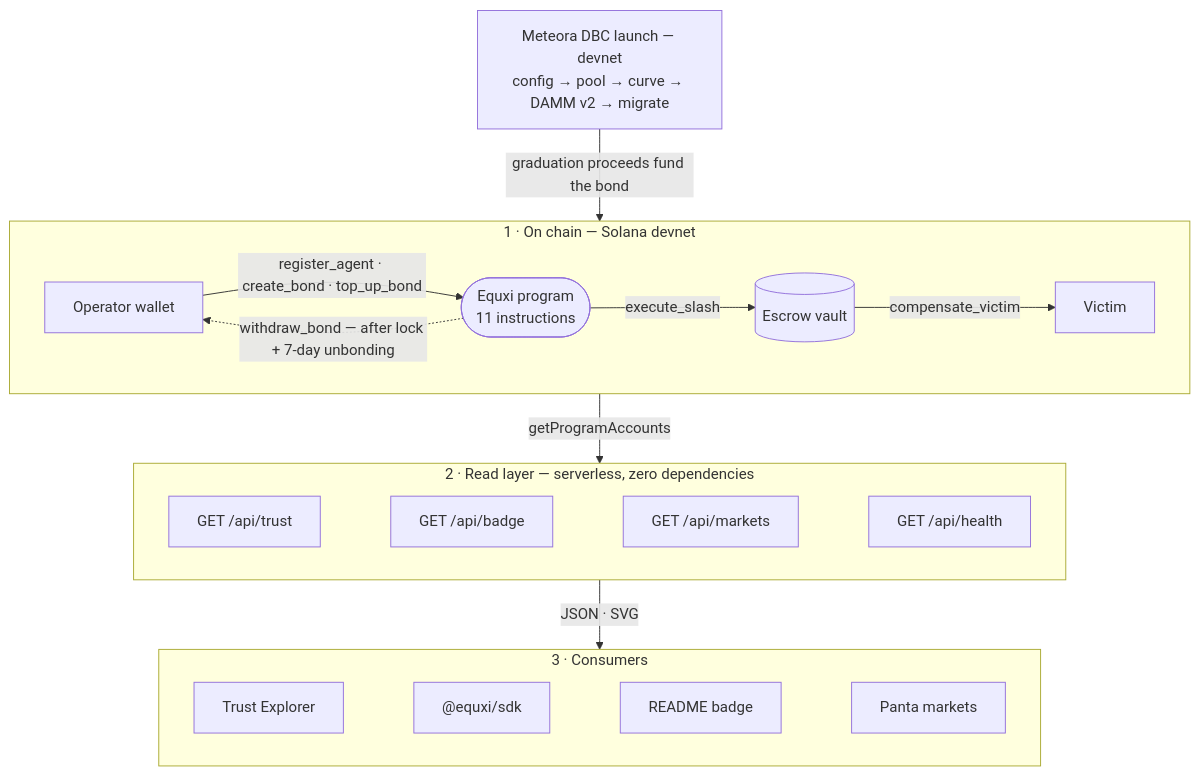
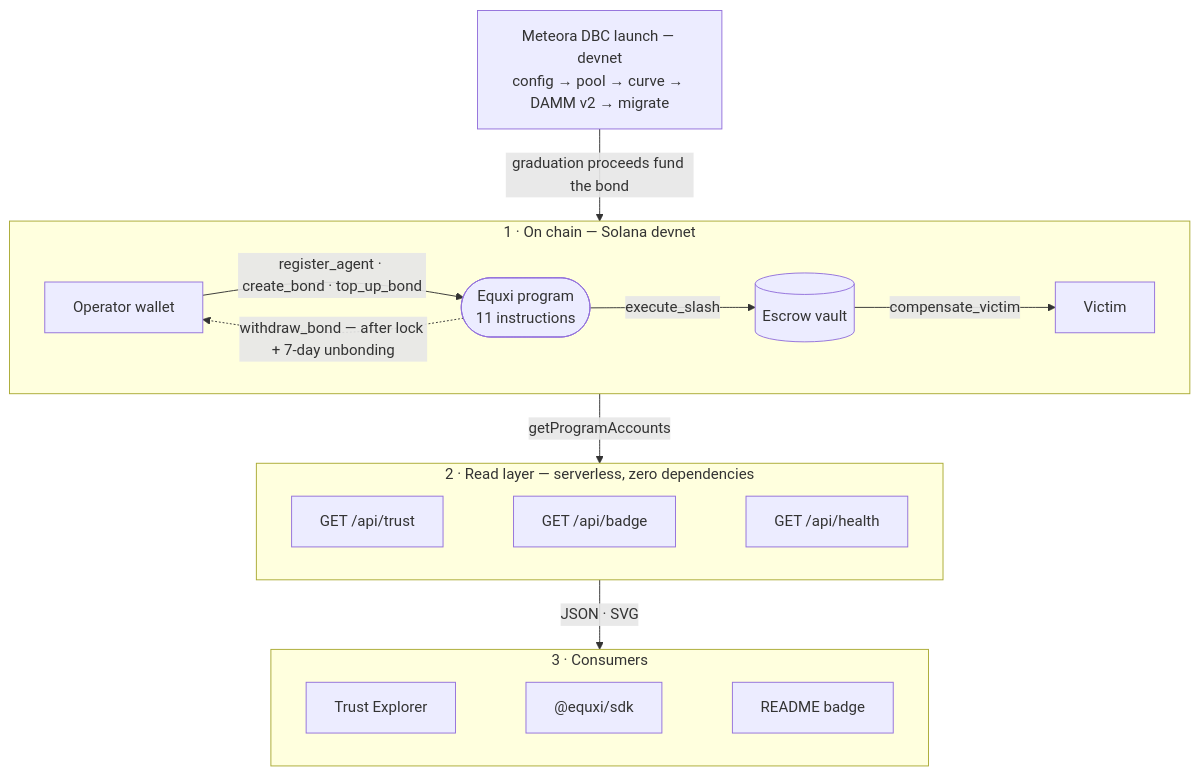
The diagram in README.md (thesithunyein/equxi), drawn with Mermaid before and after one commit. The commit also changed other lines of this file and 17 other files, not shown here.

First line of the commit message:
refactor(panta): retire the markets feed and its public surface

````diff
--- a/README.md
+++ b/README.md
@@ -289,26 +283,26 @@
 ```mermaid
 flowchart TB
     L["Meteora DBC launch — devnet<br/>config → pool → curve → DAMM v2 → migrate"]
 
     subgraph CHAIN["1 · On chain — Solana devnet"]
         direction LR
         OP["Operator wallet"] -->|"register_agent · create_bond · top_up_bond"| P(["Equxi program<br/>11 instructions"])
         P -->|"execute_slash"| V[("Escrow vault")]
         V -->|"compensate_victim"| VIC["Victim"]
         P -.->|"withdraw_bond — after lock + 7-day unbonding"| OP
     end
 
     subgraph READ["2 · Read layer — serverless, zero dependencies"]
         direction LR
-        T["GET /api/trust"] ~~~ G["GET /api/badge"] ~~~ M["GET /api/markets"] ~~~ H["GET /api/health"]
+        T["GET /api/trust"] ~~~ G["GET /api/badge"] ~~~ H["GET /api/health"]
     end
 
     subgraph USE["3 · Consumers"]
         direction LR
-        E["Trust Explorer"] ~~~ S["@equxi/sdk"] ~~~ RM["README badge"] ~~~ PM["Panta markets"]
+        E["Trust Explorer"] ~~~ S["@equxi/sdk"] ~~~ RM["README badge"]
     end
 
     L -->|"graduation proceeds fund the bond"| P
     CHAIN -->|"getProgramAccounts"| READ
     READ -->|"JSON · SVG"| USE
 ```
````
